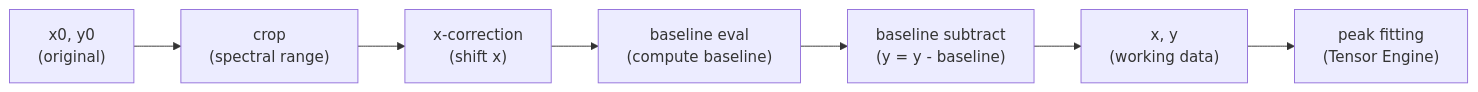
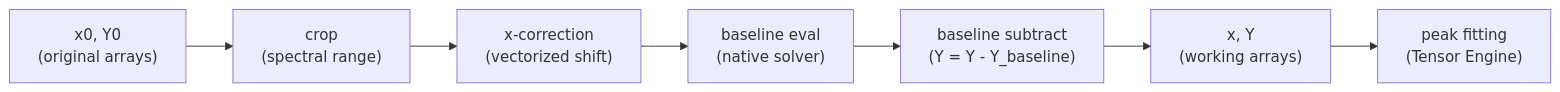
Before and after one commit to CEA-MetroCarac/SPECTROview: the second of 2 diagrams in docs/developer/spectra.md, drawn with Mermaid. The commit also changed other lines of this file and 17 other files, not shown here.

````diff
--- a/docs/developer/spectra.md
+++ b/docs/developer/spectra.md
@@ -112,9 +110,9 @@
 ```mermaid
 graph LR
-    A["x0, y0<br/>(original)"] --> B["crop<br/>(spectral range)"]
-    B --> C["x-correction<br/>(shift x)"]
-    C --> D["baseline eval<br/>(compute baseline)"]
-    D --> E["baseline subtract<br/>(y = y - baseline)"]
-    E --> F["x, y<br/>(working data)"]
+    A["x0, Y0<br/>(original arrays)"] --> B["crop<br/>(spectral range)"]
+    B --> C["x-correction<br/>(vectorized shift)"]
+    C --> D["baseline eval<br/>(native solver)"]
+    D --> E["baseline subtract<br/>(Y = Y - Y_baseline)"]
+    E --> F["x, Y<br/>(working arrays)"]
     F --> G["peak fitting<br/>(Tensor Engine)"]
 ```
````
